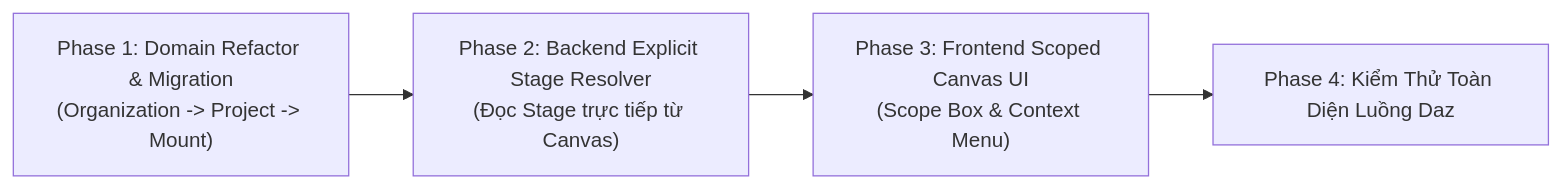
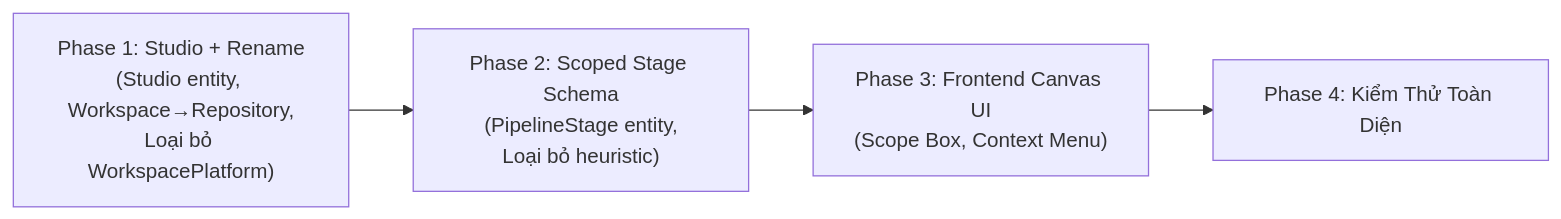
One commit to Limito9x/automation-studio changed the diagram in plans/backend/STUDIO_WORKSPACE_AND_SCOPED_PIPELINE_PLAN.md. Above: the diagram before and after it, drawn with Mermaid. The commit also changed other lines of this file and 31 other files, not shown here.

Commit message:
feat: implement studio workspaces and scoped pipelines in projects module

````diff
--- a/plans/backend/STUDIO_WORKSPACE_AND_SCOPED_PIPELINE_PLAN.md
+++ b/plans/backend/STUDIO_WORKSPACE_AND_SCOPED_PIPELINE_PLAN.md
@@ -158,7 +346,8 @@
 ```mermaid
 graph LR
-    P1["Phase 1: Domain Refactor & Migration\n(Organization -> Project -> Mount)"] --> 
-    P2["Phase 2: Backend Explicit Stage Resolver\n(Đọc Stage trực tiếp từ Canvas)"] --> 
-    P3["Phase 3: Frontend Scoped Canvas UI\n(Scope Box & Context Menu)"] --> 
-    P4["Phase 4: Kiểm Thử Toàn Diện Luồng Daz"]
+    P1["Phase 1: Studio + Rename\n(Studio entity, Workspace→Repository,\nLoại bỏ WorkspacePlatform)"]
+    P2["Phase 2: Scoped Stage Schema\n(PipelineStage entity,\nLoại bỏ heuristic)"]
+    P3["Phase 3: Frontend Canvas UI\n(Scope Box, Context Menu)"]
+    P4["Phase 4: Kiểm Thử Toàn Diện"]
+    P1 --> P2 --> P3 --> P4
 ```
````
